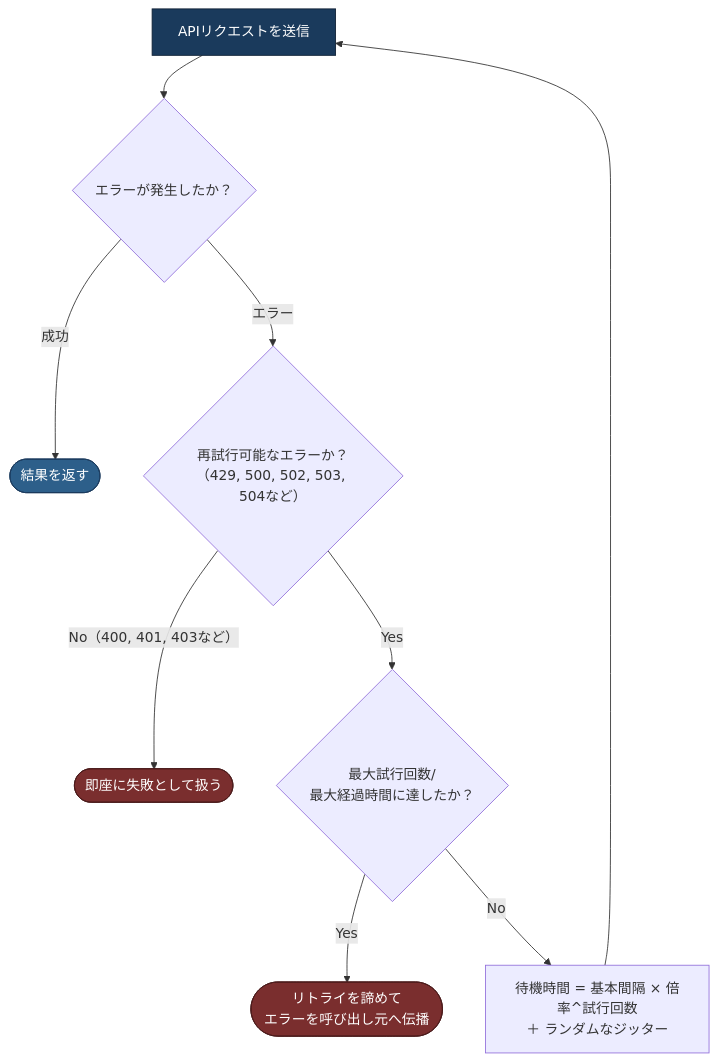
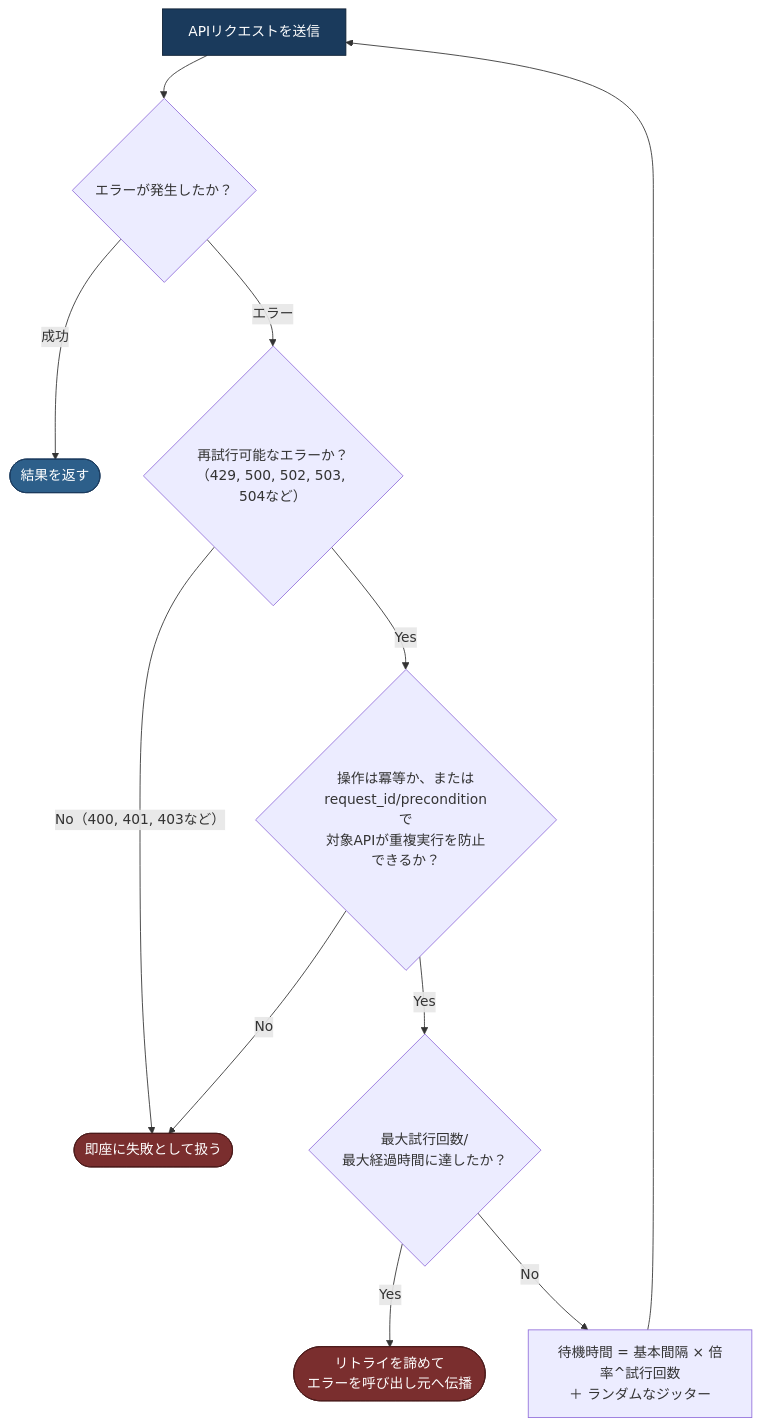
Before and after one commit to myoshi2891/Cloud-Infrastructure-Studies: the ninth of 15 diagrams in Gcp-professional-cloud-developer-section4.md, drawn with Mermaid. The commit also changed other lines of this file, not shown here.

Commit message:
docs(pcd): clarify gRPC interface check, retry idempotency and trace logging in section 4

````diff
--- a/Gcp-professional-cloud-developer-section4.md
+++ b/Gcp-professional-cloud-developer-section4.md
@@ -442,16 +444,18 @@
 ```mermaid
 flowchart TD
     Req["APIリクエストを送信"] --> Check{"エラーが発生したか？"}
     Check -->|"成功"| Done(["結果を返す"])
     Check -->|"エラー"| Retryable{"再試行可能なエラーか？<br/>（429, 500, 502, 503, 504など）"}
     Retryable -->|"No（400, 401, 403など）"| Fail(["即座に失敗として扱う"])
-    Retryable -->|"Yes"| MaxCheck{"最大試行回数/<br/>最大経過時間に達したか？"}
+    Retryable -->|"Yes"| Idem{"操作は冪等か、または<br/>request_id/preconditionで<br/>対象APIが重複実行を防止できるか？"}
+    Idem -->|"No"| Fail
+    Idem -->|"Yes"| MaxCheck{"最大試行回数/<br/>最大経過時間に達したか？"}
     MaxCheck -->|"Yes"| GiveUp(["リトライを諦めて<br/>エラーを呼び出し元へ伝播"])
     MaxCheck -->|"No"| Wait["待機時間 = 基本間隔 × 倍率^試行回数<br/>＋ ランダムなジッター"]
     Wait --> Req
 
     style Req fill:#1a3a5c,stroke:#0d1f33,color:#ffffff
     style Done fill:#2d5f8a,stroke:#1a3a5c,color:#ffffff
     style Fail fill:#7a2e2e,stroke:#4a1a1a,color:#ffffff
     style GiveUp fill:#7a2e2e,stroke:#4a1a1a,color:#ffffff
 ```
````
